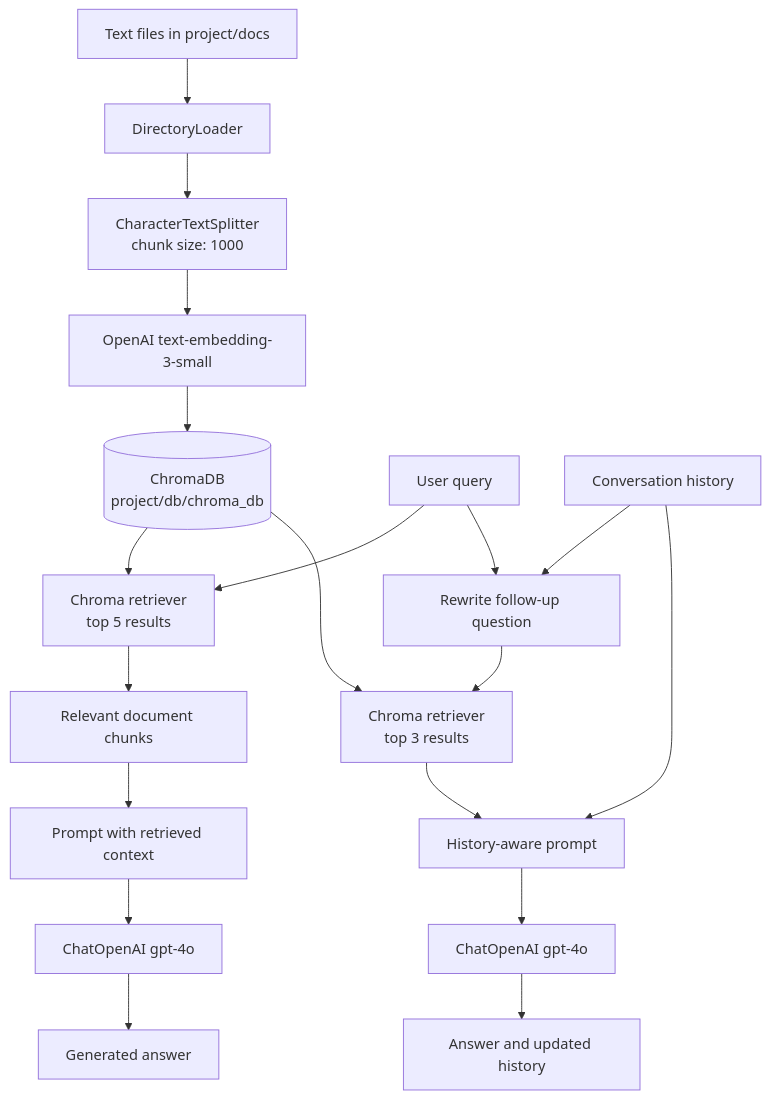
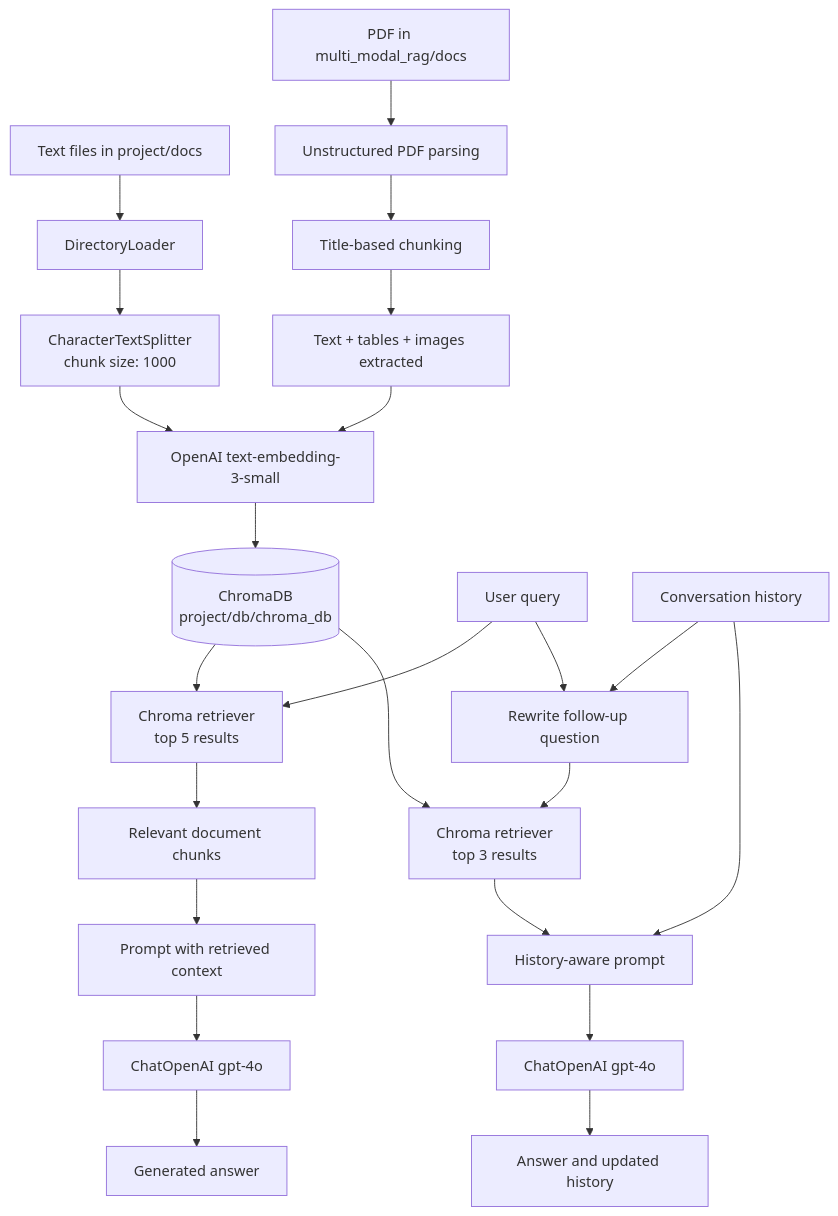
Before and after one commit to TechnoDiktator/Rag: the first of 2 diagrams in README.md, drawn with Mermaid. The commit also changed other lines of this file and 1 other file, not shown here.

````diff
--- a/README.md
+++ b/README.md
@@ -10,23 +12,28 @@
 ```mermaid
 flowchart TD
 	A[Text files in project/docs] --> B[DirectoryLoader]
 	B --> C[CharacterTextSplitter<br/>chunk size: 1000]
 	C --> D[OpenAI text-embedding-3-small]
 	D --> E[(ChromaDB<br/>project/db/chroma_db)]
+
+	P[PDF in multi_modal_rag/docs] --> P1[Unstructured PDF parsing]
+	P1 --> P2[Title-based chunking]
+	P2 --> P3[Text + tables + images extracted]
+	P3 --> D
 
 	Q[User query] --> R[Chroma retriever<br/>top 5 results]
 	E --> R
 	R --> S[Relevant document chunks]
 	S --> T[Prompt with retrieved context]
 	T --> U[ChatOpenAI gpt-4o]
 	U --> V[Generated answer]
 
 	H[Conversation history] --> W[Rewrite follow-up question]
 	Q --> W
 	W --> R3[Chroma retriever<br/>top 3 results]
 	E --> R3
 	R3 --> X[History-aware prompt]
 	H --> X
 	X --> Y[ChatOpenAI gpt-4o]
 	Y --> Z[Answer and updated history]
 ```
````
